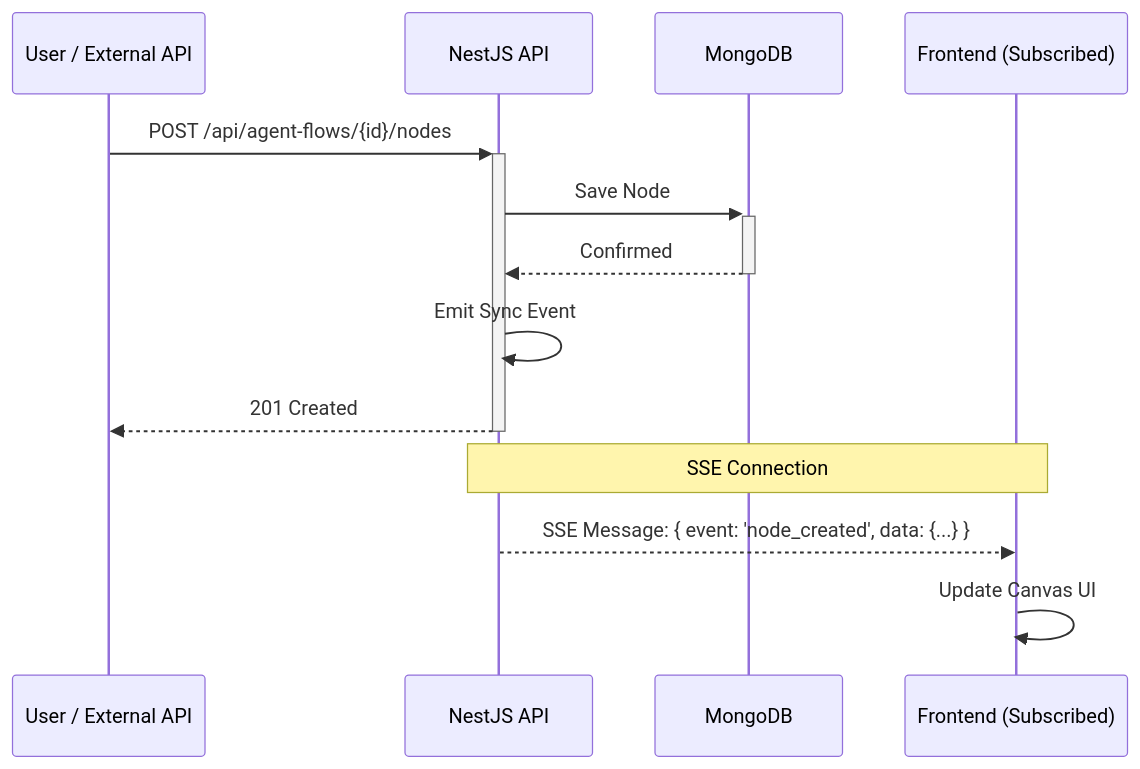
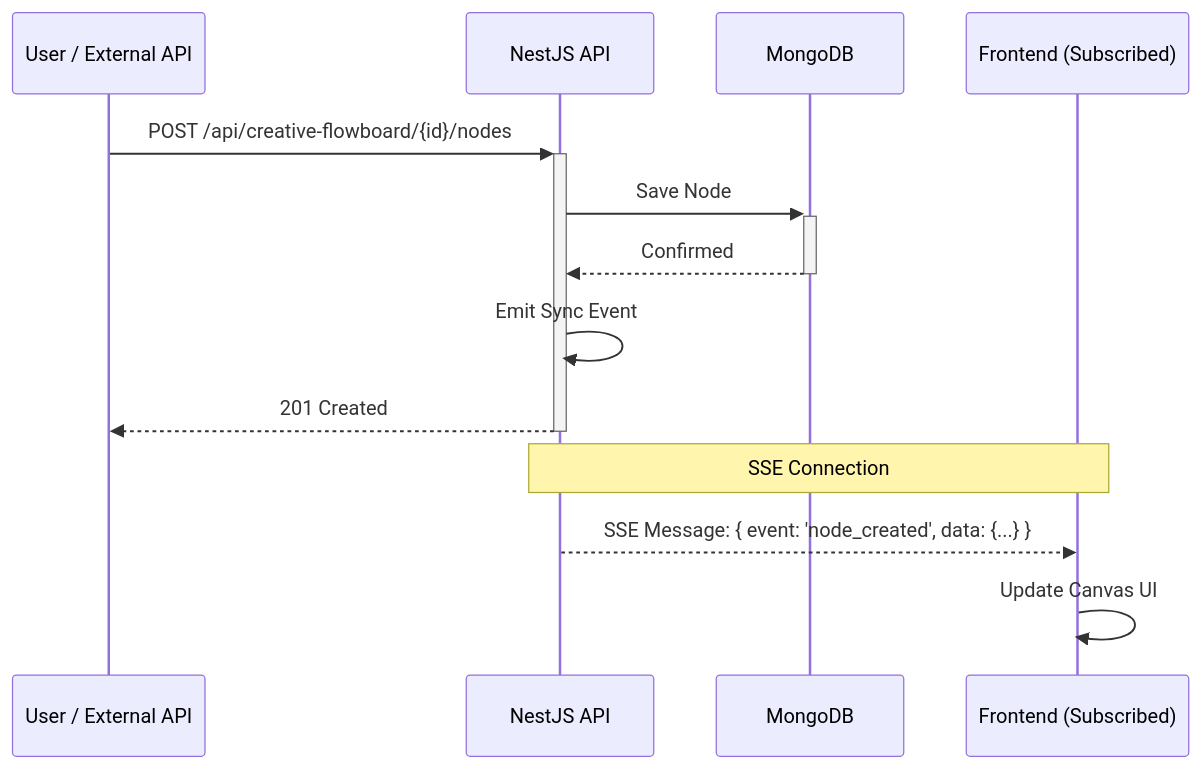
Before and after one commit to adamofig/control-markets-node: the diagram in docs/concepts/real-time-sync.md, drawn with Mermaid. The commit also changed other lines of this file and 34 other files, not shown here.

Commit message:
refactor: Rename AgentFlows module, services, controllers, and documentation to CreativeFlowboard.

````diff
--- a/docs/concepts/real-time-sync.md
+++ b/docs/concepts/real-time-sync.md
@@ -22,17 +22,17 @@
 ```mermaid
 sequenceDiagram
     participant Client as User / External API
     participant Backend as NestJS API
     participant DB as MongoDB
     participant App as Frontend (Subscribed)
 
-    Client->>+Backend: POST /api/agent-flows/{id}/nodes
+    Client->>+Backend: POST /api/creative-flowboard/{id}/nodes
     Backend->>+DB: Save Node
     DB-->>-Backend: Confirmed
     Backend->>Backend: Emit Sync Event
     Backend-->>-Client: 201 Created
     
     Note over Backend,App: SSE Connection
     Backend-->>App: SSE Message: { event: 'node_created', data: {...} }
     App->>App: Update Canvas UI
 ```
````
